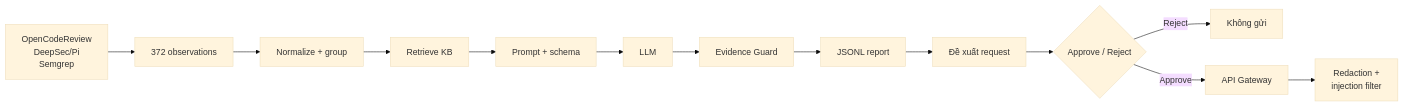
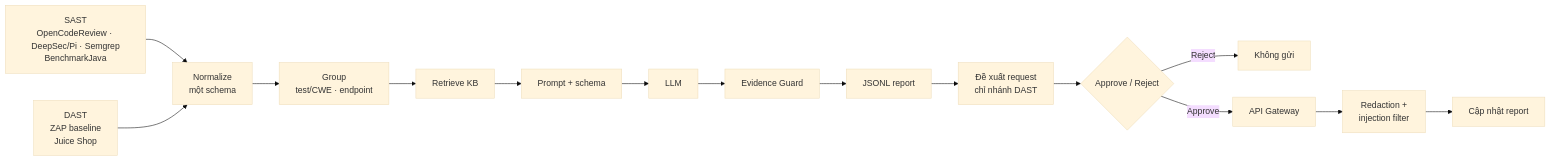
The diagram in README.md (phoebe497/sentinel-benchmarkJava), drawn with Mermaid (base theme) before and after one commit. The commit also changed other lines of this file and 24 other files, not shown here.

````diff
--- a/README.md
+++ b/README.md
@@ -25,15 +30,17 @@
 ```mermaid
 flowchart LR
-    A[OpenCodeReview<br/>DeepSec/Pi<br/>Semgrep] --> B[372 observations]
-    B --> C[Normalize + group]
-    C --> D[Retrieve KB]
-    D --> E[Prompt + schema]
-    E --> F[LLM]
-    F --> G[Evidence Guard]
-    G --> H[JSONL report]
-    H --> I[Đề xuất request]
-    I --> J{Approve / Reject}
-    J -->|Reject| K[Không gửi]
-    J -->|Approve| L[API Gateway]
-    L --> M[Redaction +<br/>injection filter]
+    A[SAST<br/>OpenCodeReview · DeepSec/Pi · Semgrep<br/>BenchmarkJava] --> C
+    A2[DAST<br/>ZAP baseline<br/>Juice Shop] --> C
+    C[Normalize<br/>một schema] --> D[Group<br/>test/CWE · endpoint]
+    D --> E[Retrieve KB]
+    E --> F[Prompt + schema]
+    F --> G[LLM]
+    G --> H[Evidence Guard]
+    H --> I[JSONL report]
+    I --> J[Đề xuất request<br/>chỉ nhánh DAST]
+    J --> K{Approve / Reject}
+    K -->|Reject| L[Không gửi]
+    K -->|Approve| M[API Gateway]
+    M --> N[Redaction +<br/>injection filter]
+    N --> O[Cập nhật report]
 ```
````
